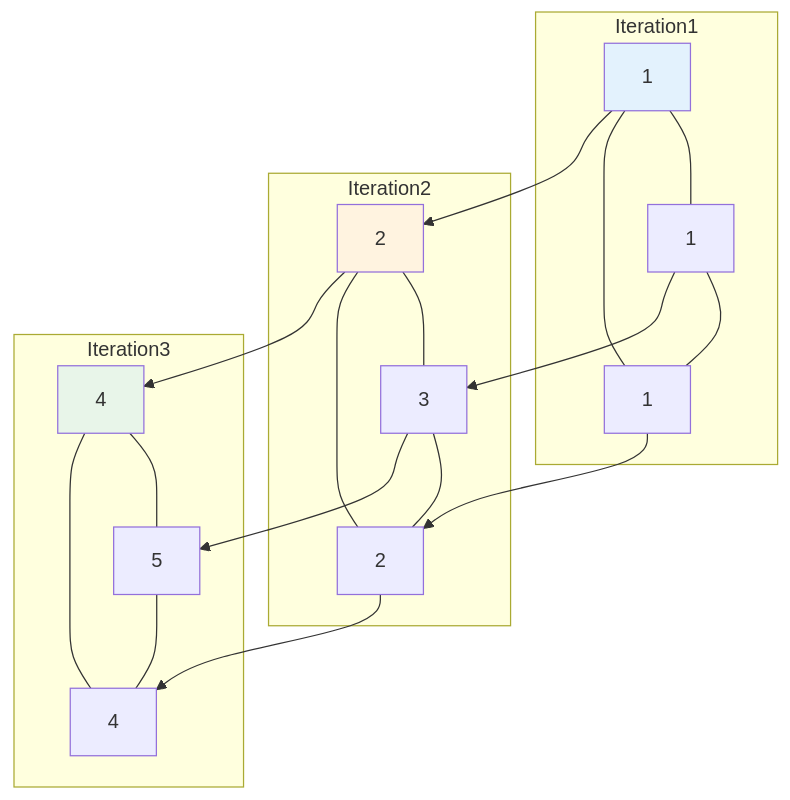
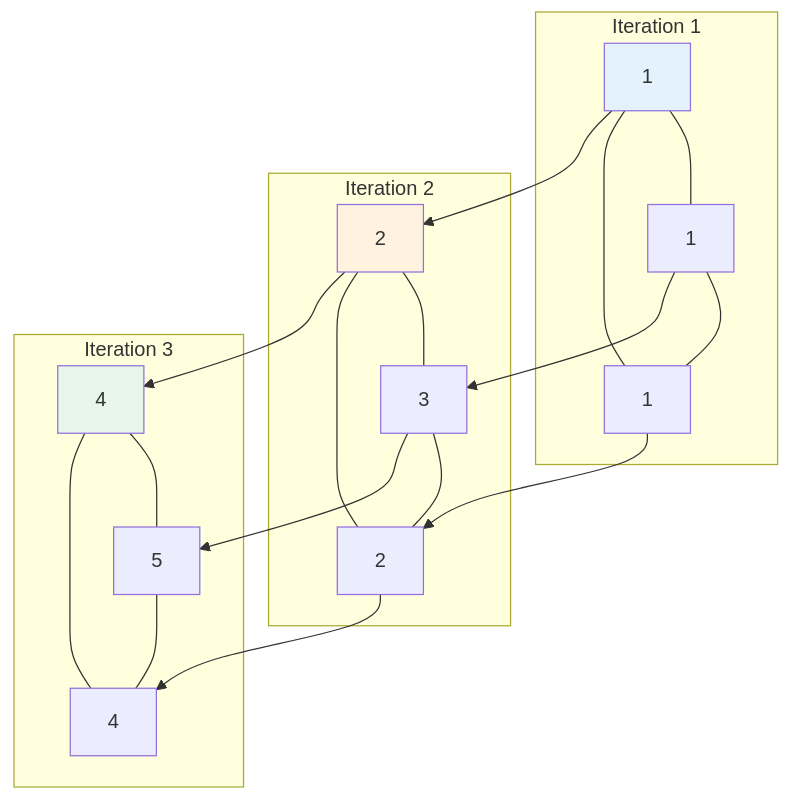
The second of 3 diagrams in knowledge/en/ML/gnn-introduction/chapter3-message-passing.md (YusukeHashimotoLab/AI-Knowledge-Notes), drawn with Mermaid before and after one commit. The commit also changed other lines of this file and 57 other files, not shown here.

````diff
--- a/knowledge/en/ML/gnn-introduction/chapter3-message-passing.md
+++ b/knowledge/en/ML/gnn-introduction/chapter3-message-passing.md
@@ -540,28 +562,28 @@
     ```mermaid
     graph TB
-        subgraph "Iteration1"
+        subgraph "Iteration 1"
             A1[1] --- B1[1]
             A1 --- C1[1]
             B1 --- C1
         end
     
-        subgraph "Iteration2"
+        subgraph "Iteration 2"
             A2[2] --- B2[3]
             A2 --- C2[3]
             B2 --- C2[2]
         end
     
-        subgraph "Iteration3"
+        subgraph "Iteration 3"
             A3[4] --- B3[5]
             A3 --- C3[5]
             B3 --- C3[4]
         end
     
         A1 --> A2 --> A3
         B1 --> B2 --> B3
         C1 --> C2 --> C3
     
         style A1 fill:#e3f2fd
         style A2 fill:#fff3e0
         style A3 fill:#e8f5e9
     ```
````
